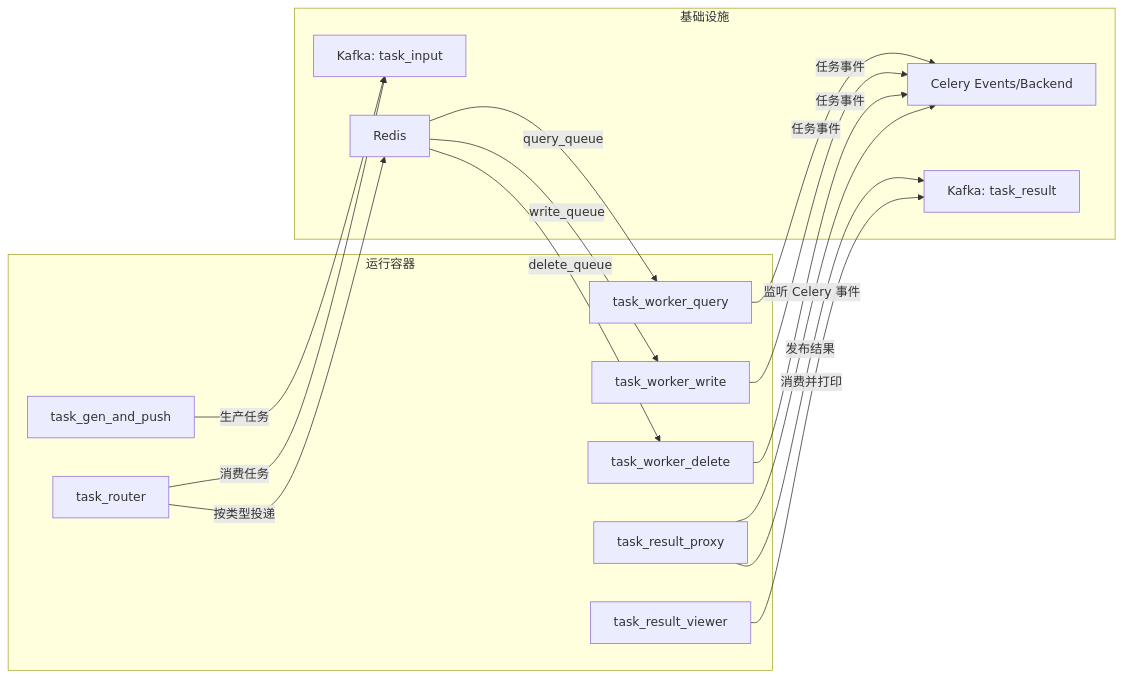
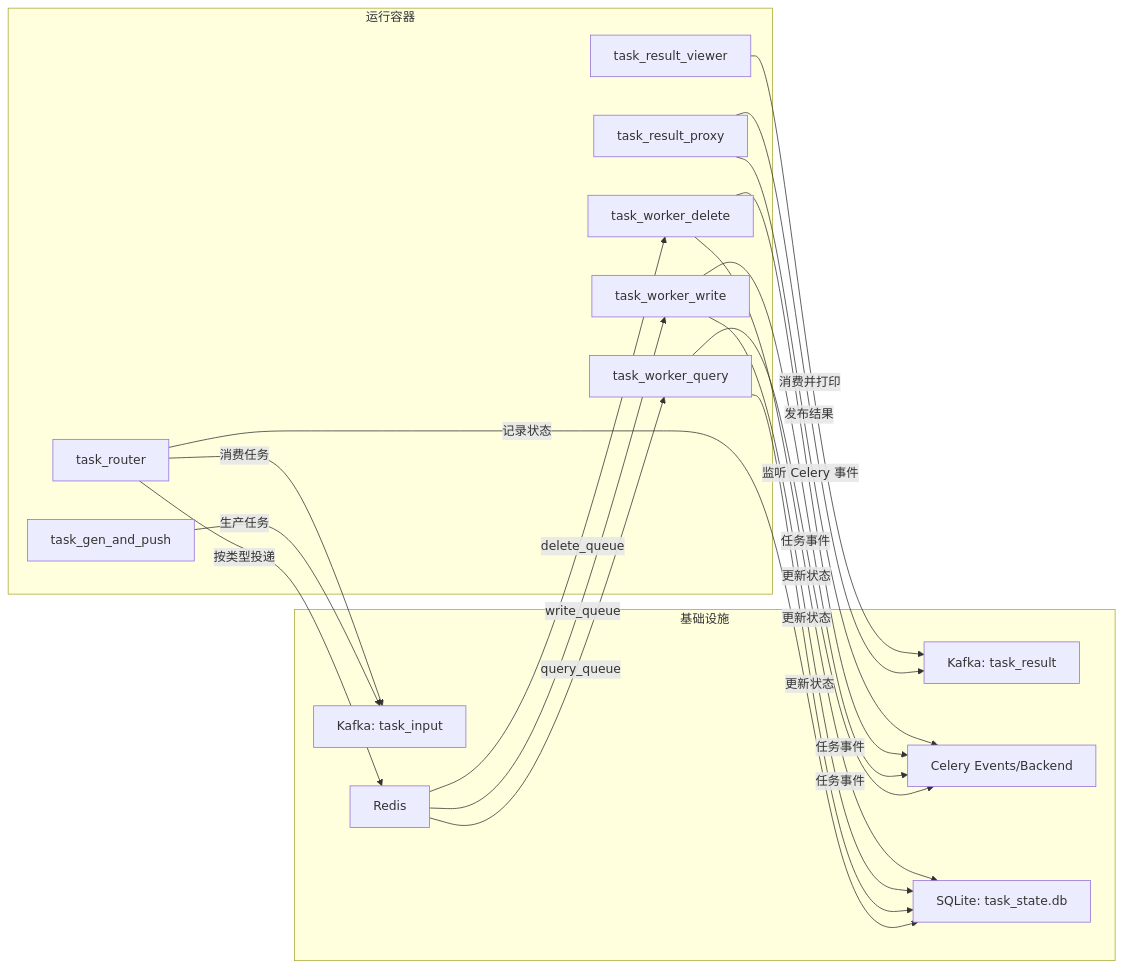
One commit to LouisLiuNova/task_flow_demo changed the diagram in README.md. Above: the diagram before and after it, drawn with Mermaid. The commit also changed other lines of this file and 10 other files, not shown here.

````diff
--- a/README.md
+++ b/README.md
@@ -11,32 +11,37 @@
 ```mermaid
 flowchart LR
     subgraph Runtime["运行容器"]
         GEN["task_gen_and_push"]
         ROUTER["task_router"]
         WQ["task_worker_query"]
         WW["task_worker_write"]
         WD["task_worker_delete"]
         RP["task_result_proxy"]
         RV["task_result_viewer"]
     end
 
     subgraph Infra["基础设施"]
         KIN["Kafka: task_input"]
         KOUT["Kafka: task_result"]
         REDIS["Redis"]
         CEVT["Celery Events/Backend"]
+        SQLITE["SQLite: task_state.db"]
     end
 
-    GEN -->|生产任务| KIN
-    ROUTER -->|消费任务| KIN
-    ROUTER -->|按类型投递| REDIS
+    GEN -->|生产任务 | KIN
+    ROUTER -->|消费任务 | KIN
+    ROUTER -->|按类型投递 | REDIS
+    ROUTER -->|记录状态 | SQLITE
     REDIS -->|query_queue| WQ
     REDIS -->|write_queue| WW
     REDIS -->|delete_queue| WD
-    WQ -->|任务事件| CEVT
-    WW -->|任务事件| CEVT
-    WD -->|任务事件| CEVT
-    RP -->|监听 Celery 事件| CEVT
-    RP -->|发布结果| KOUT
-    RV -->|消费并打印| KOUT
+    WQ -->|任务事件 | CEVT
+    WQ -->|更新状态 | SQLITE
+    WW -->|任务事件 | CEVT
+    WW -->|更新状态 | SQLITE
+    WD -->|任务事件 | CEVT
+    WD -->|更新状态 | SQLITE
+    RP -->|监听 Celery 事件 | CEVT
+    RP -->|发布结果 | KOUT
+    RV -->|消费并打印 | KOUT
 ```
````
